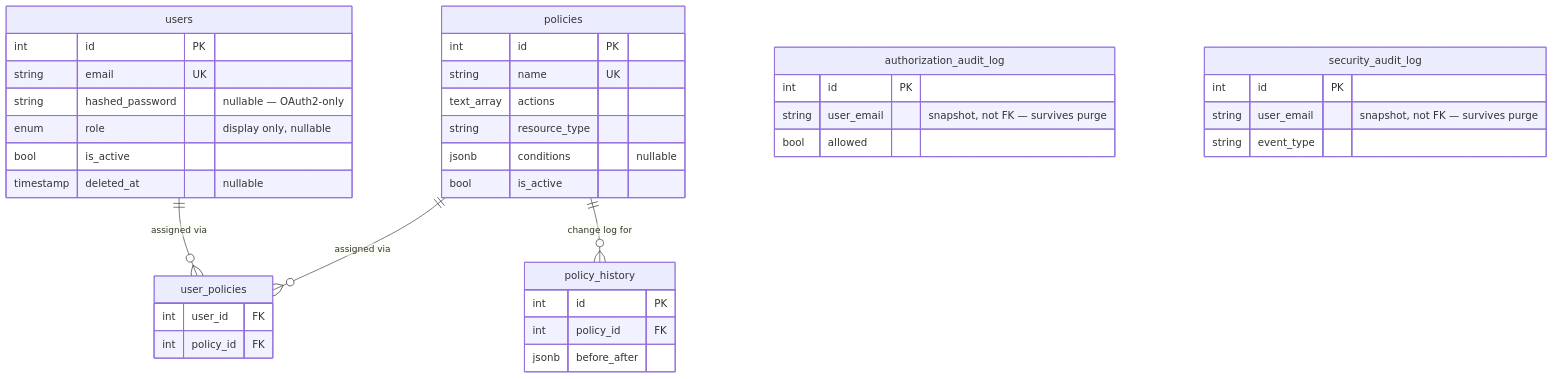
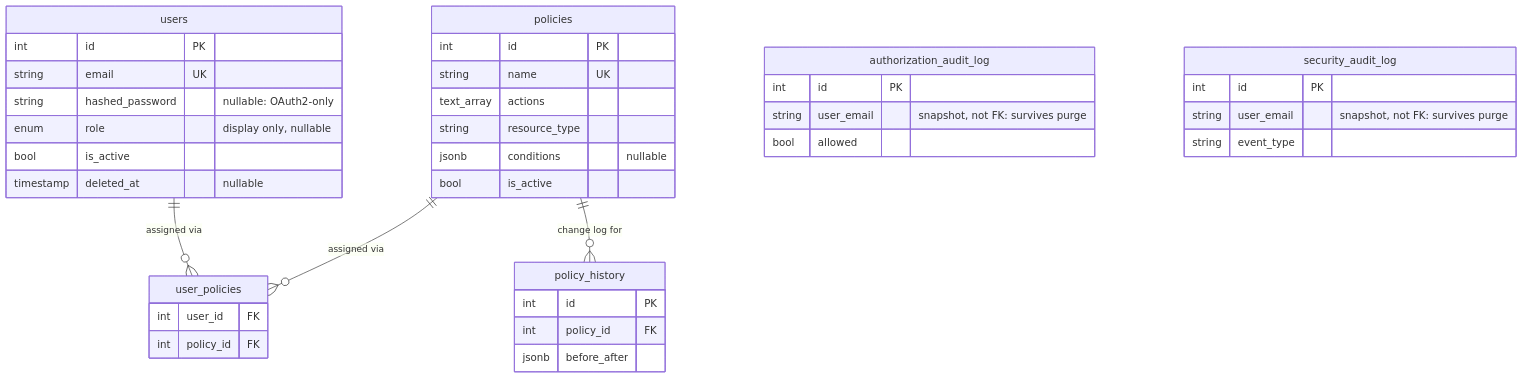
The diagram in docs/mystic_auth/database/design.md (Nachiket-2024/manifest-cv), drawn with Mermaid before and after one commit. The commit also changed other lines of this file and 401 other files, not shown here.

````diff
--- a/docs/mystic_auth/database/design.md
+++ b/docs/mystic_auth/database/design.md
@@ -5,42 +5,42 @@
 ```mermaid
 erDiagram
-    users ||--o{ user_policies : "assigned via"
-    policies ||--o{ user_policies : "assigned via"
-    policies ||--o{ policy_history : "change log for"
+    users ||--o{ user_policies: "assigned via"
+    policies ||--o{ user_policies: "assigned via"
+    policies ||--o{ policy_history: "change log for"
 
     users {
         int id PK
         string email UK
-        string hashed_password "nullable — OAuth2-only"
+        string hashed_password "nullable: OAuth2-only"
         enum role "display only, nullable"
         bool is_active
         timestamp deleted_at "nullable"
     }
     policies {
         int id PK
         string name UK
         text_array actions
         string resource_type
         jsonb conditions "nullable"
         bool is_active
     }
     user_policies {
         int user_id FK
         int policy_id FK
     }
     policy_history {
         int id PK
         int policy_id FK
         jsonb before_after
     }
     authorization_audit_log {
         int id PK
-        string user_email "snapshot, not FK — survives purge"
+        string user_email "snapshot, not FK: survives purge"
         bool allowed
     }
     security_audit_log {
         int id PK
-        string user_email "snapshot, not FK — survives purge"
+        string user_email "snapshot, not FK: survives purge"
         string event_type
     }
 ```
````
